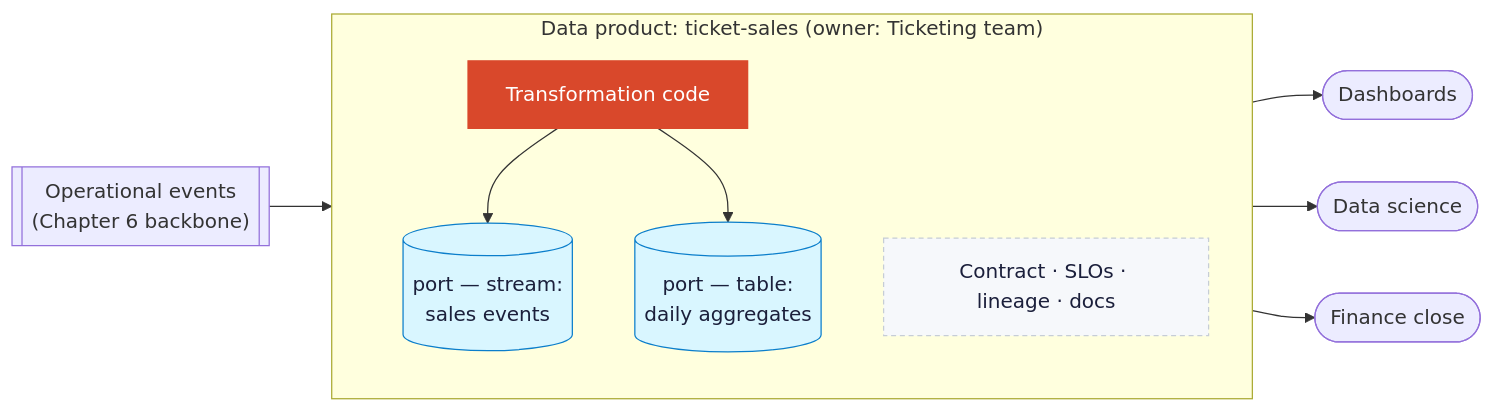
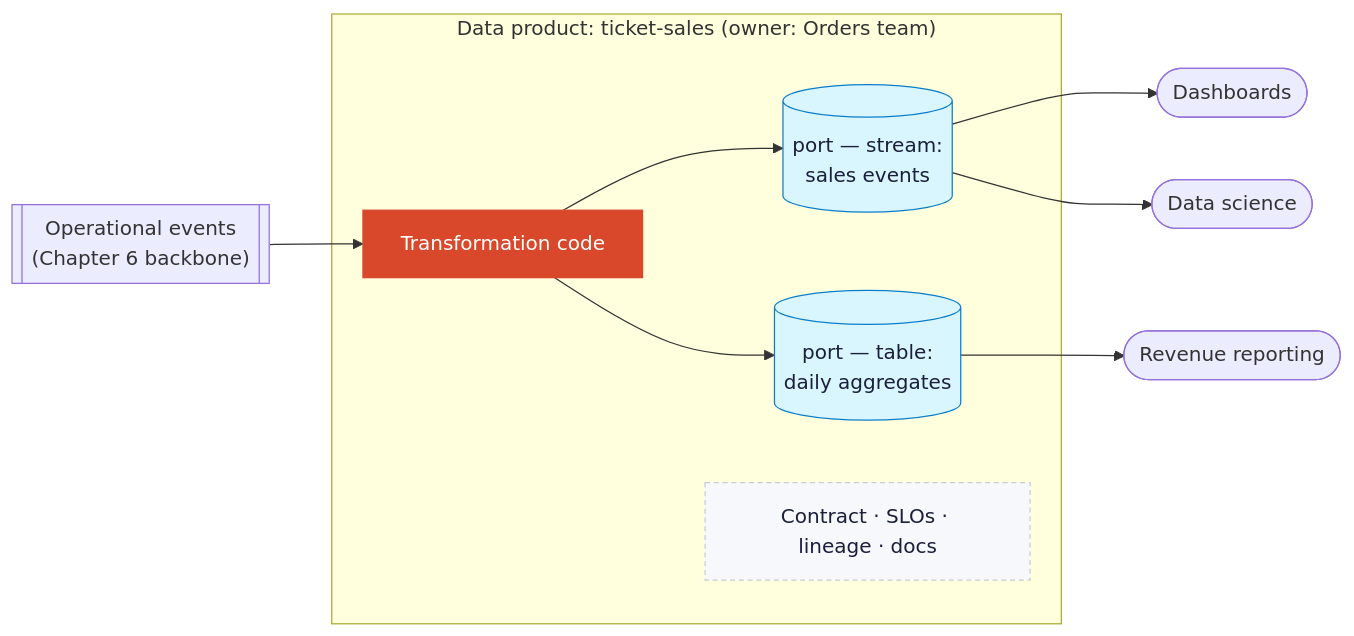
One commit to oleksiyp/arch-book changed diagram 17 of 23 in README.md. Above: the diagram before and after it, drawn with Mermaid. The commit also changed other lines of this file, not shown here.

```diff
--- a/README.md
+++ b/README.md
@@ -1659,17 +1725,16 @@
 <pre class="mermaid">
 flowchart LR
     src[["Operational events<br/>(Chapter 6 backbone)"]] --> code
-    subgraph dp["Data product: ticket-sales (owner: Ticketing team)"]
-        direction TB
+    subgraph dp["Data product: ticket-sales (owner: Orders team)"]
         code["Transformation code"] --> s[("port — stream:<br/>sales events")] & t[("port — table:<br/>daily aggregates")]
         meta["Contract · SLOs · lineage · docs"]
     end
     s --> bi([Dashboards]) & ds([Data science])
-    t --> fin([Finance close])
+    t --> fin([Revenue reporting])
     classDef hot fill:#d9482b,stroke:#d9482b,color:#fff
     class code hot
     classDef store fill:#d9f6ff,stroke:#0b7ecb,color:#1b1f3b
     class s,t store
     classDef meta fill:#f6f8fb,stroke:#c6cdd6,stroke-dasharray:4 3,color:#1b1f3b
     class meta meta
 </pre>
```
